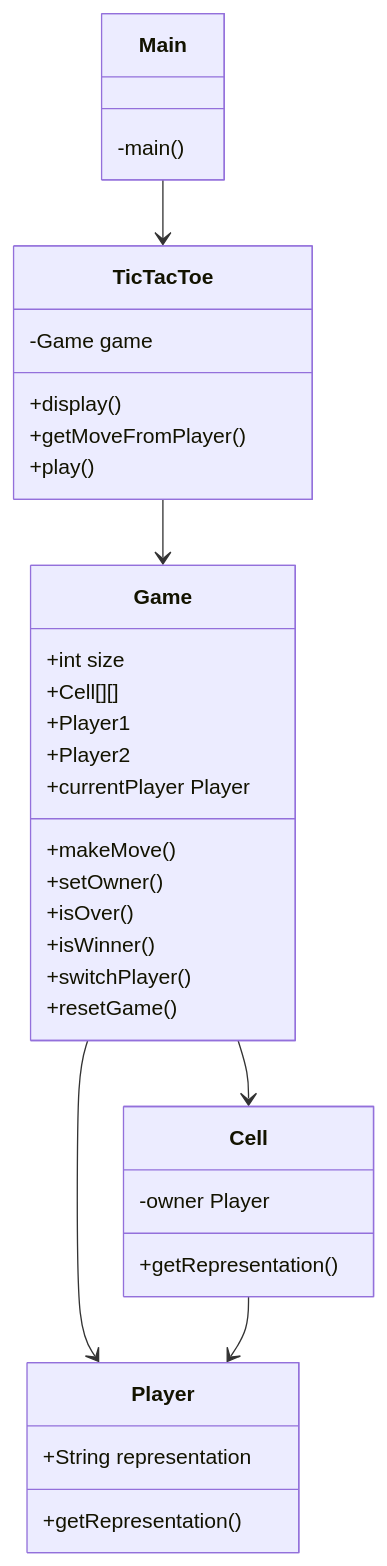
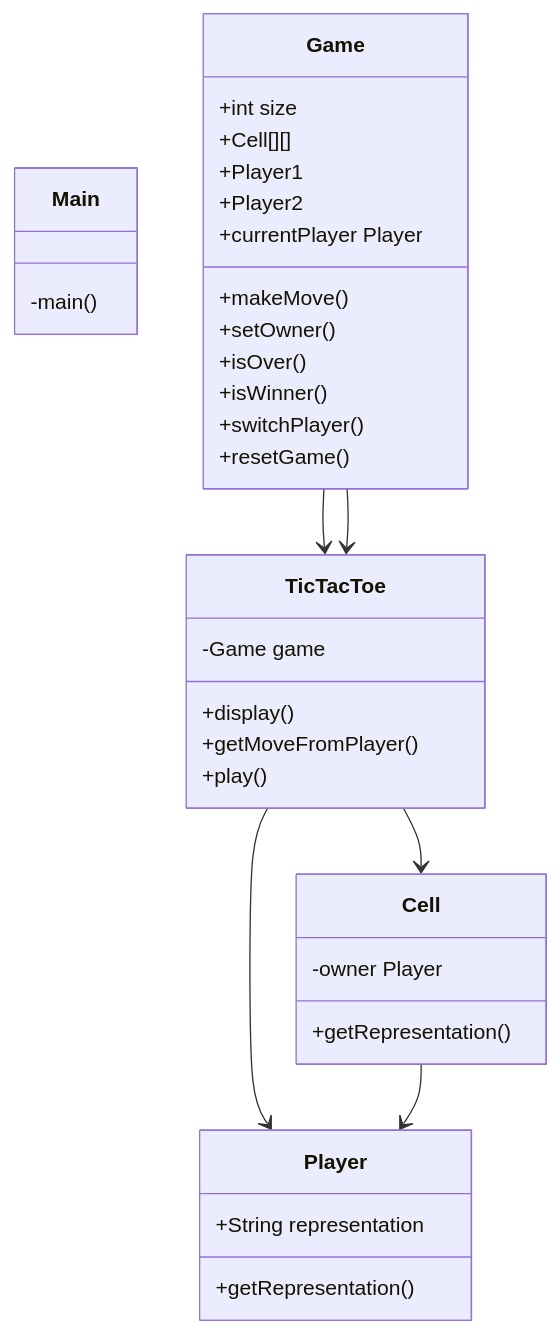
One commit to Clem7403/TicTacToe_project changed the diagram in README.md. Above: the diagram before and after it, drawn with Mermaid.

Commit message:
Revise class relationships in README
Updated class relationships in the README to reflect changes in the game structure.

````diff
--- a/README.md
+++ b/README.md
@@ -22,40 +22,40 @@
 ```mermaid
 classDiagram
 direction TB
     class Main {
         -main()
     }
     class Cell {
 	    -owner Player
 	    +getRepresentation()
     }
     class TicTacToe {
 	    -Game game
 	    +display()
 	    +getMoveFromPlayer()
 	    +play()
     }
     class Player {
 	    +String representation
 	    +getRepresentation()
     }
     class Game {
 	    +int size
 	    +Cell[][]
 	    +Player1
 	    +Player2
 	    +currentPlayer Player
 	    +makeMove()
 	    +setOwner()
 	    +isOver()
 	    +isWinner()
 	    +switchPlayer()
 	    +resetGame()
     }
 
-    TicTacToe --> Game
-    Game --> Player
-    Game --> Cell
+    Game --> TicTacToe 
+    TicTacToe --> Player
+    TicTacToe --> Cell
     Cell --> Player
-    Main --> TicTacToe
+    Game --> TicTacToe
 ```
````
